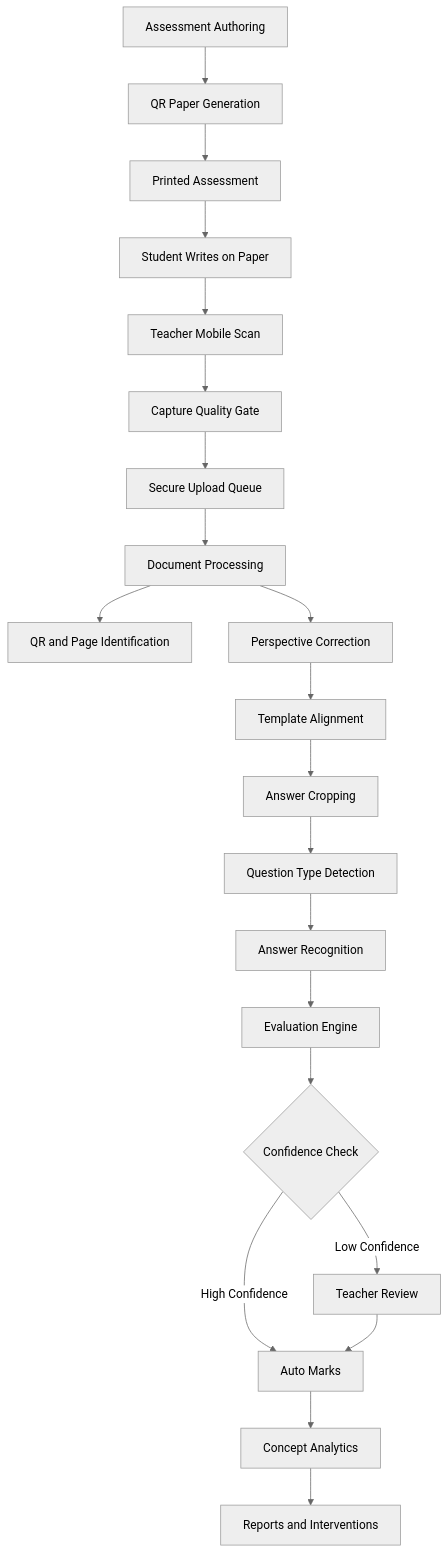
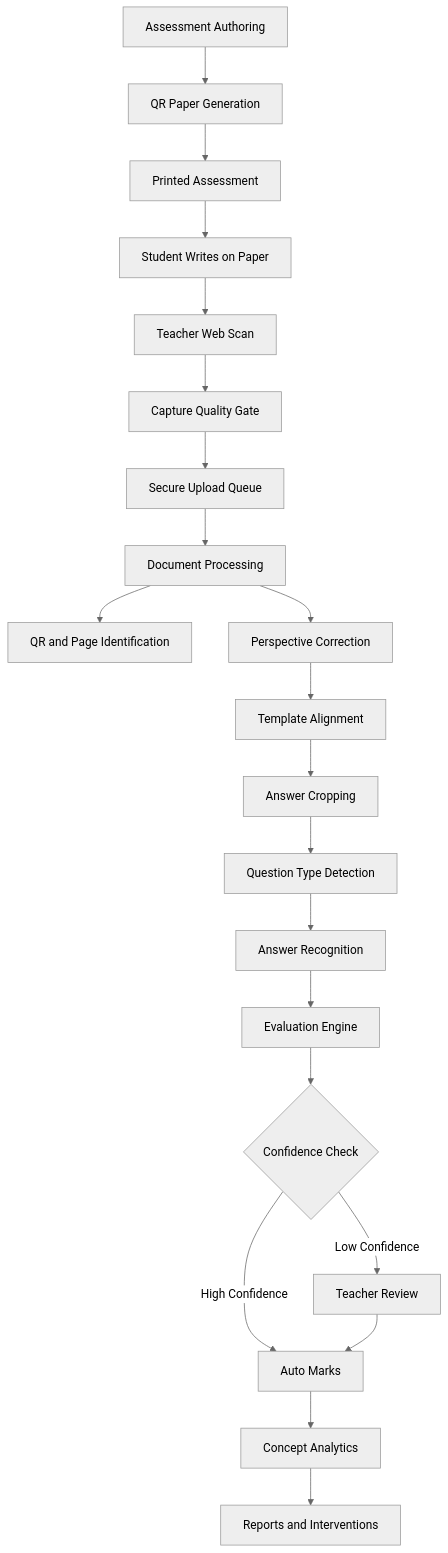
Before and after one commit to RahulPrsad/fln: the diagram in README.md, drawn with Mermaid (neutral theme). The commit also changed other lines of this file and 13 other files, not shown here.

````diff
--- a/README.md
+++ b/README.md
@@ -309,23 +310,23 @@
 ```mermaid
 flowchart TD
     A[Assessment Authoring] --> B[QR Paper Generation]
     B --> C[Printed Assessment]
     C --> D[Student Writes on Paper]
-    D --> E[Teacher Mobile Scan]
+    D --> E[Teacher Web Scan]
     E --> F[Capture Quality Gate]
     F --> G[Secure Upload Queue]
     G --> H[Document Processing]
     H --> I[QR and Page Identification]
     H --> J[Perspective Correction]
     J --> K[Template Alignment]
     K --> L[Answer Cropping]
     L --> M[Question Type Detection]
     M --> N[Answer Recognition]
     N --> O[Evaluation Engine]
     O --> P{Confidence Check}
     P -->|High Confidence| Q[Auto Marks]
     P -->|Low Confidence| R[Teacher Review]
     R --> Q
     Q --> S[Concept Analytics]
     S --> T[Reports and Interventions]
 ```
````
